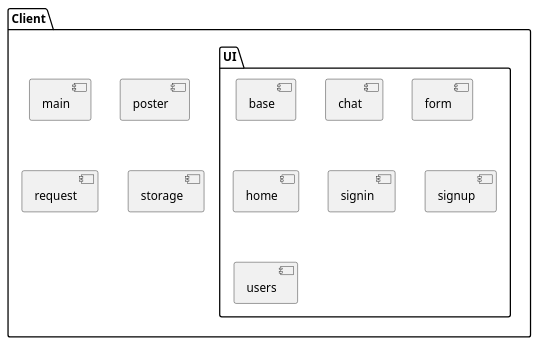
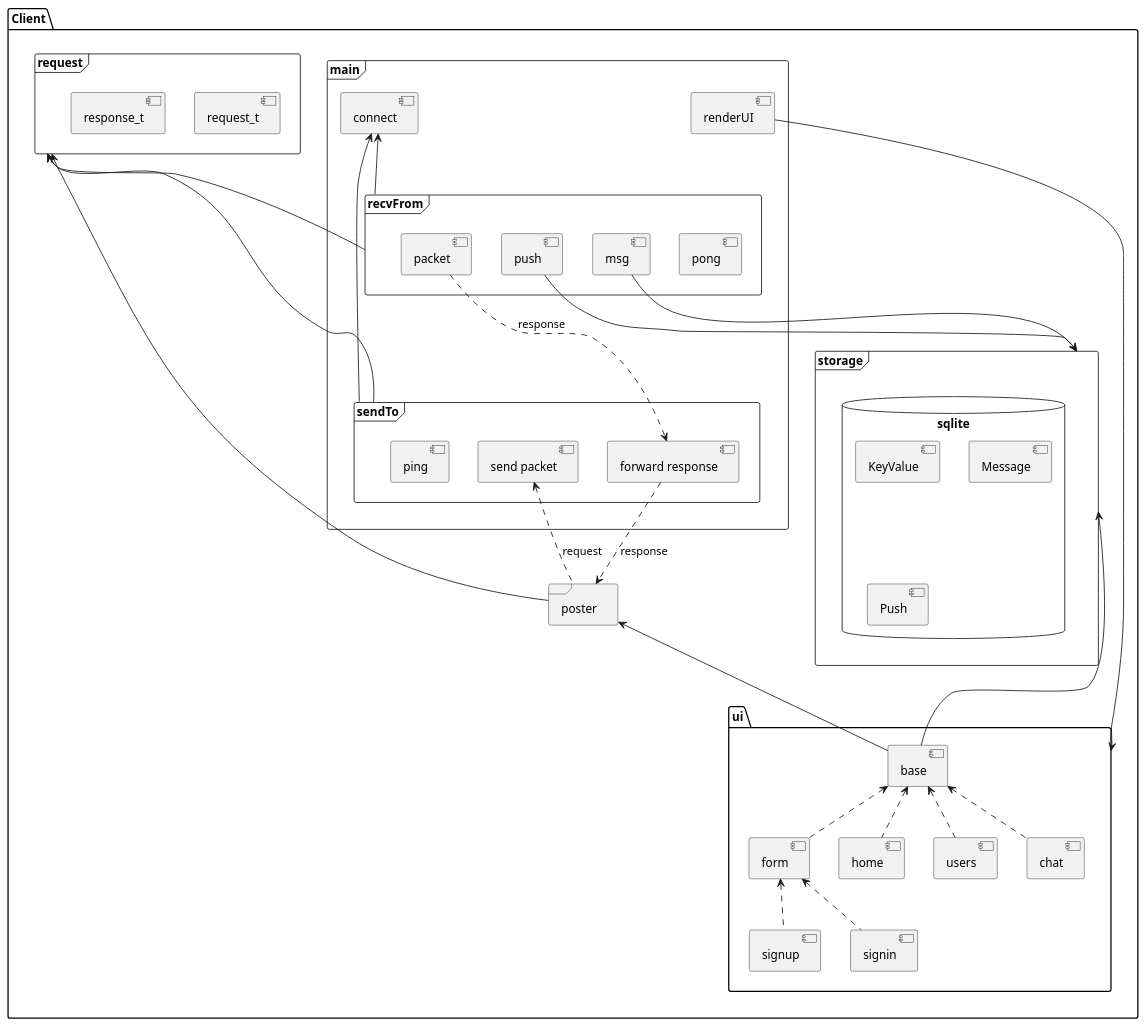
The diagram in docs/umls/gochat-client.puml (huoyijie/GoChat), drawn with PlantUML before and after one commit. The commit also changed 3 other files, not shown here.

```diff
--- a/docs/umls/gochat-client.puml
+++ b/docs/umls/gochat-client.puml
@@ -1,17 +1,72 @@
-@startuml gochat
-package "Client" {
-    [main]
-    [poster]
-    [request]
-    [storage]
-    folder "UI" {
+@startuml gochat-client-uml
+package Client {
+    frame main {
+        frame sendTo {
+            [send packet]
+            [forward response]
+            [ping]
+        }
+        frame recvFrom {
+            [pong]
+            [push]
+            [msg]
+            [packet]
+        }
+        [renderUI]
+        [connect]
+    }
+
+    frame poster
+
+    frame request {
+        [request_t]
+        [response_t]
+    }
+
+    frame storage {
+        database sqlite {
+            [KeyValue]
+            [Message]
+            [Push]
+        }
+    }
+
+    folder ui {
         [base]
+        [form]
+        [signup]
+        [signin]
+        [home]
+        [users]
         [chat]
-        [form]
-        [home]
-        [signin]
-        [signup]
-        [users]
     }
 }
+
+form .up.> base
+signup .up.> form
+signin .up.> form
+home .up.> base
+users .up.> base
+chat .up.> base
+
+base -up-> poster
+base -up-> storage
+
+poster -up-> request
+recvFrom -up-> request
+sendTo -up-> request
+
+renderUI -down-> ui
+
+msg --> storage
+push --> storage
+
+sendTo -up-> connect
+recvFrom -up-> connect
+
+poster .up.> [send packet] : request
+
+packet ..> [forward response] : response
+[forward response] ..> poster : response
+
 @enduml
```
